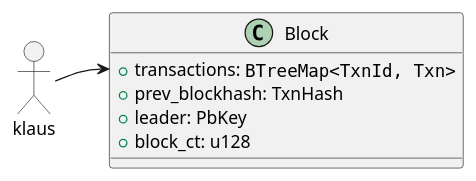
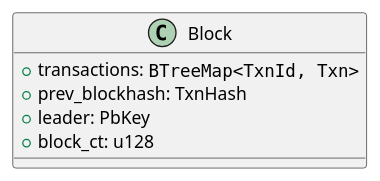
Before and after one commit to mrlucciola/proof-of-stake: the diagram in docs/diagrams/blocks.puml, drawn with PlantUML. The commit also changed 4 other files, not shown here.

```diff
--- a/docs/diagrams/blocks.puml
+++ b/docs/diagrams/blocks.puml
@@ -1,16 +1,12 @@
 @startuml
 allowmixing
 
 ' `-`: private, `#`: protected, `~`: package private, `+`: public
 class "Block" as bl {
   +transactions: ""BTreeMap<TxnId, Txn>""
   +prev_blockhash: TxnHash
   +leader: PbKey
   +block_ct: u128
 }
 
-actor klaus
-
-klaus -> bl::transactions
-
 @enduml
```
